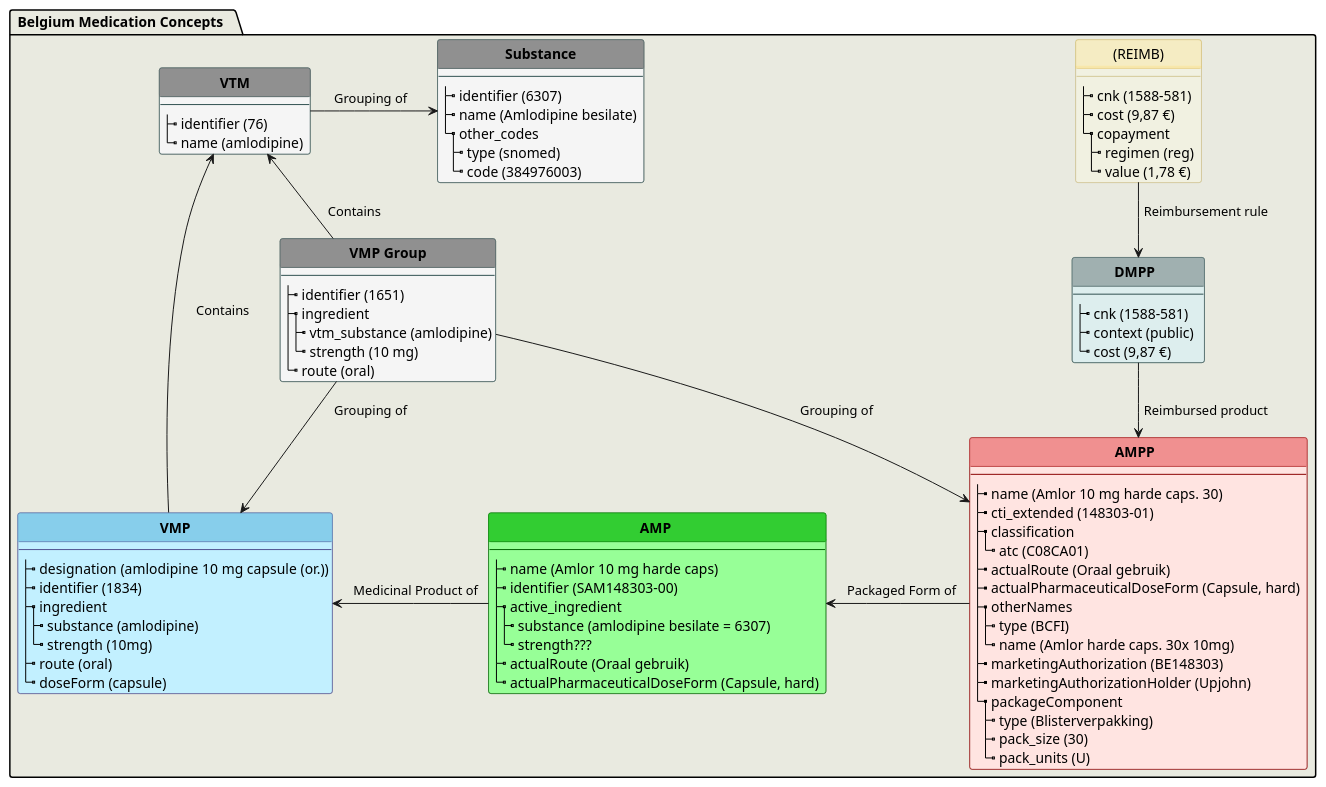
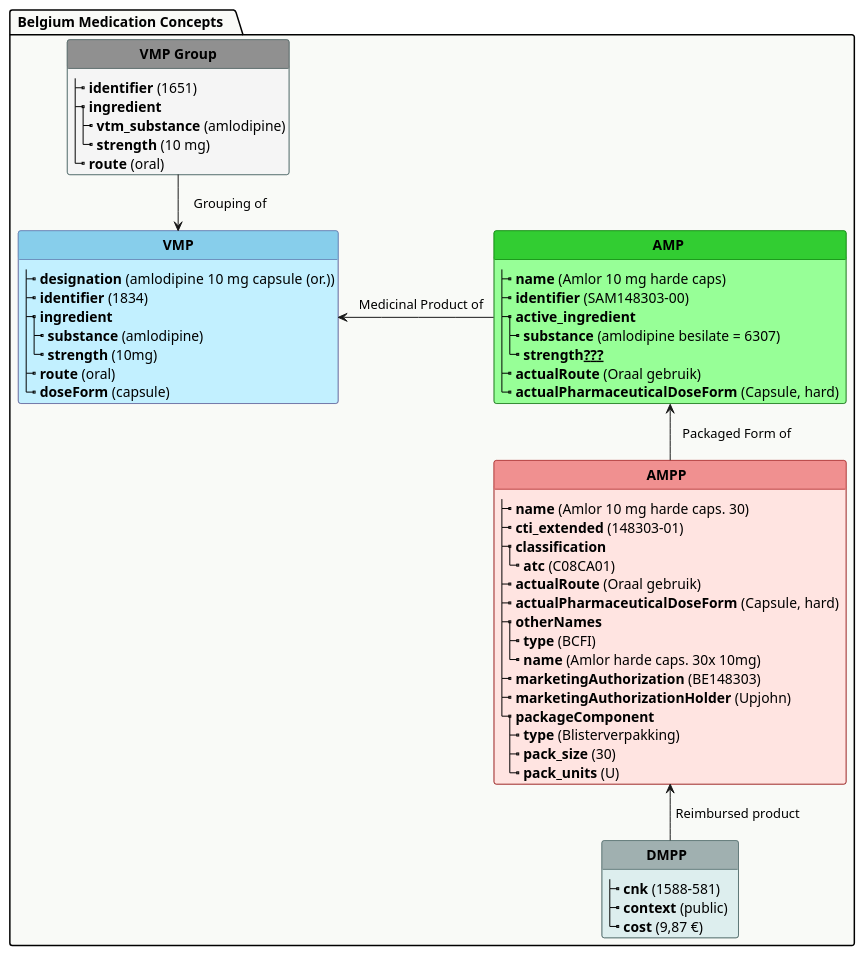
The diagram in input/images-source/be-medicationconcepts.plantuml (hl7-be/medication), drawn with PlantUML before and after one commit. The commit also changed 3 other files, not shown here.

Commit message:
update model and diagram

```diff
--- a/input/images-source/be-medicationconcepts.plantuml
+++ b/input/images-source/be-medicationconcepts.plantuml
@@ -1,171 +1,154 @@
 @startuml
 hide stereotype
 hide circle
 skinparam linetype polyline
 skinparam shadowing false
 
 
 !pragma layout smetana
 
 
 
 skinparam class<<S>> {
  BorderColor DarkSlateGray
  BackgroundColor WhiteSmoke
  HeaderBackgroundColor #909090
 }
 
 skinparam class<<VMPP>> {
  BorderColor #997700
  BackgroundColor BUSINESS
  HeaderBackgroundColor #ffcc33
 }
 
 skinparam class<<PhP>> {
  BorderColor #505090
  BackgroundColor APPLICATION
  HeaderBackgroundColor SkyBlue
 }
 
 skinparam class<<Oth>> {
  BorderColor #99770055
  BackgroundColor #FFFFE055
  HeaderBackgroundColor #ffDD7344
  HeaderFontColor 	#ffcc3355
 }
 
 skinparam class<<MP>> {
  BorderColor DarkGreen
  BackgroundColor PHYSICAL
  HeaderBackgroundColor LimeGreen
 }
 
 
 skinparam class<<PMP>> {
  BorderColor DarkRed
  BackgroundColor MistyRose
  HeaderBackgroundColor #f09090
 }
 
 skinparam class<<VMPG>> {
  BorderColor DarkSlateGrey
  BackgroundColor #DEE
  HeaderBackgroundColor #A0B0B0
 }
 
 
 
-  package " Belgium Medication Concepts   " as MR #E9EAE0 {
+  package " Belgium Medication Concepts   " as MR #F9FAF7 {
 
-    class "**VTM**" as VTM<<S>> {
-' e.g. amlodipine
-      --
-      |_ identifier (76)
-      |_ name (amlodipine)  
-    }
+'     class "**VTM**" as VTM<<S>> {
+' ' e.g. amlodipine
+'       --
+'       |_ identifier (76)
+'       |_ name (amlodipine)  
+'     }
 
 
-    class "**Substance**" as SUB<<S>> {
-      --
-      |_ identifier (6307)
-      |_ name (Amlodipine besilate)  
-      |_ other_codes
-        |_ type (snomed)
-        |_ code (384976003)
-    }
+    ' class "**Substance**" as SUB<<S>> {
+    '   --
+    '   |_ identifier (6307)
+    '   |_ name (Amlodipine besilate)  
+    '   |_ other_codes
+    '     |_ type (snomed)
+    '     |_ code (384976003)
+    ' }
 
 
     class "**VMP Group**" as VMPG<<S>> {
 ' e.g. amlodipine oraal 10 mg        
-      --
-      |_ identifier (1651)
-      |_ ingredient 
-        |_ vtm_substance (amlodipine) 
-        |_ strength (10 mg)
-      |_ route (oral)
+      |_ **identifier** (1651)
+      |_ **ingredient** 
+        |_ **vtm_substance** (amlodipine) 
+        |_ **strength** (10 mg)
+      |_ **route** (oral)
     }
 
     class " **VMP** " as PhP<<PhP>> {
-      --
-      |_ designation (amlodipine 10 mg capsule (or.)) 
-      |_ identifier (1834) 
-      |_ ingredient
-        |_ substance (amlodipine)   
-        |_ strength (10mg)
-      |_ route (oral)
-      |_ doseForm (capsule)
+      |_ **designation** (amlodipine 10 mg capsule (or.)) 
+      |_ **identifier** (1834) 
+      |_ **ingredient**
+        |_ **substance** (amlodipine)   
+        |_ **strength** (10mg)
+      |_ **route** (oral)
+      |_ **doseForm** (capsule)
     }
 
     class " **AMP ** " as MP<<MP>>{
-      --
-      |_ name (Amlor 10 mg harde caps)
-      |_ identifier (SAM148303-00)
-      |_ active_ingredient
-        |_ substance (amlodipine besilate = 6307)
-        |_ strength???
-      |_ actualRoute (Oraal gebruik)
-      |_ actualPharmaceuticalDoseForm (Capsule, hard)  
+      |_ **name** (Amlor 10 mg harde caps)
+      |_ **identifier** (SAM148303-00)
+      |_ **active_ingredient**
+        |_ **substance** (amlodipine besilate = 6307)
+        |_ **strength__???__**
+      |_ **actualRoute** (Oraal gebruik)
+      |_ **actualPharmaceuticalDoseForm** (Capsule, hard)  
     }
 
     class " **AMPP **  " as AMPP<<PMP>>{
-      --
-      |_ name (Amlor 10 mg harde caps. 30)
-      |_ cti_extended (148303-01)
-      |_ classification
-        |_ atc (C08CA01)
-      |_ actualRoute (Oraal gebruik)
-      |_ actualPharmaceuticalDoseForm (Capsule, hard)  
-      |_ otherNames
-        |_ type (BCFI)
-        |_ name (Amlor harde caps. 30x 10mg)  
-      |_ marketingAuthorization (BE148303)
-      |_ marketingAuthorizationHolder (Upjohn)   
-      |_ packageComponent
-        |_ type (Blisterverpakking)
-        |_ pack_size (30)
-        |_ pack_units (U)
+      |_ **name** (Amlor 10 mg harde caps. 30)
+      |_ **cti_extended** (148303-01)
+      |_ **classification**
+        |_ **atc** (C08CA01)
+      |_ **actualRoute** (Oraal gebruik)
+      |_ **actualPharmaceuticalDoseForm** (Capsule, hard)  
+      |_ **otherNames**
+        |_ **type** (BCFI)
+        |_ **name** (Amlor harde caps. 30x 10mg)  
+      |_ **marketingAuthorization** (BE148303)
+      |_ **marketingAuthorizationHolder** (Upjohn)   
+      |_ **packageComponent**
+        |_ **type** (Blisterverpakking)
+        |_ **pack_size** (30)
+        |_ **pack_units** (U)
+    }
+
+    class " **DMPP **  " as DMPP<<VMPG>>{
+      |_ **cnk** (1588-581)
+      |_ **context** (public)   
+      |_ **cost** (9,87 €)
     }
 
 
 
-
-    class " **DMPP **  " as DMPP<<VMPG>>{
-      --
-      |_ cnk (1588-581)
-      |_ context (public)   
-      |_ cost (9,87 €)
-    }
-
-
-
-    class "  (REIMB)  " as REIMB<<Oth>>{
-      --
-      |_ cnk (1588-581)  
-      |_ cost (9,87 €)
-      |_ copayment
-        |_ regimen (reg) 
-        |_ value (1,78 €)   
-    }
-
-
-  SUB <-l- VTM: "    Grouping of      "
+    ' class "  (REIMB)  " as REIMB<<Oth>>{
+    '   --
+    '   |_ cnk (1588-581)  
+    '   |_ cost (9,87 €)
+    '   |_ copayment
+    '     |_ regimen (reg) 
+    '     |_ value (1,78 €)   
+    ' }
 
 
   PhP <-u- VMPG: "    Grouping of  "
   
-  AMPP <-u- VMPG: "   Grouping of  "
-  
-  VTM <-d- PhP: "   Contains      "
-  
-  VTM <-d- VMPG: "   Contains "
-  
   PhP <-r- MP: "   Medicinal Product of"
   
-  AMPP -l-> MP: "   Packaged Form of "
+  AMPP -u-> MP: "   Packaged Form of "
   
-  DMPP -d-> AMPP: " Reimbursed product "
+  DMPP -u-> AMPP: " Reimbursed product "
 
-  DMPP <-u- REIMB: " Reimbursement rule "
+'  DMPP <-u- REIMB: " Reimbursement rule "
   
 }
 @enduml
```
